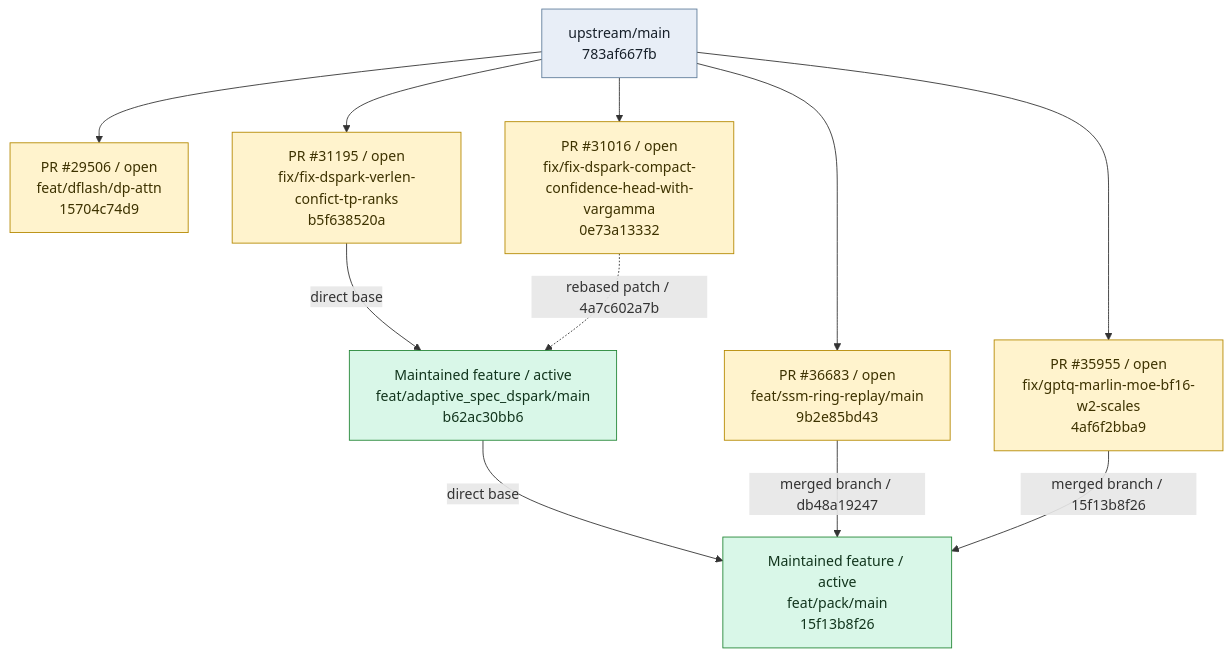
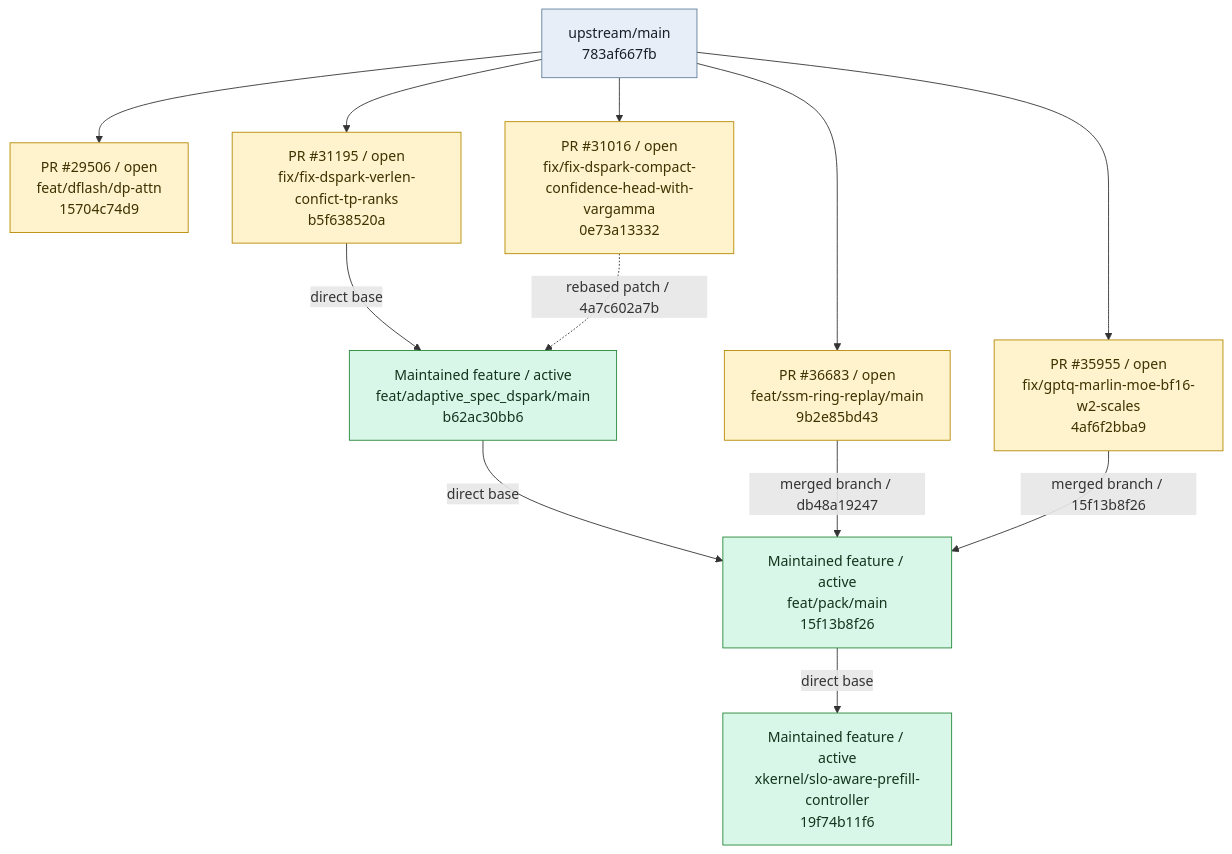
One commit to EanWang211123/sglang changed the first of 4 diagrams in BRANCH_GRAPH.md. Above: the diagram before and after it, drawn with Mermaid. The commit also changed other lines of this file and 3 other files, not shown here.

Commit message:
meta: register xkernel SLO-aware prefill branch

````diff
--- a/BRANCH_GRAPH.md
+++ b/BRANCH_GRAPH.md
@@ -11,34 +11,37 @@
 ```mermaid
 flowchart TD
     base_upstream_main["upstream/main<br/>783af667fb"]
     branch_dflash_dp_attn["PR #29506 / open<br/>feat/dflash/dp-attn<br/>15704c74d9"]
     base_upstream_main --> branch_dflash_dp_attn
     click branch_dflash_dp_attn "https://github.com/sgl-project/sglang/pull/29506"
     branch_dspark_tp_budget_sync["PR #31195 / open<br/>fix/fix-dspark-verlen-confict-tp-ranks<br/>b5f638520a"]
     base_upstream_main --> branch_dspark_tp_budget_sync
     click branch_dspark_tp_budget_sync "https://github.com/sgl-project/sglang/pull/31195"
     branch_dspark_runtime_gamma["PR #31016 / open<br/>fix/fix-dspark-compact-confidence-head-with-vargamma<br/>0e73a13332"]
     base_upstream_main --> branch_dspark_runtime_gamma
     click branch_dspark_runtime_gamma "https://github.com/sgl-project/sglang/pull/31016"
     branch_gptq_marlin_moe_bf16_w2_scales["PR #35955 / open<br/>fix/gptq-marlin-moe-bf16-w2-scales<br/>4af6f2bba9"]
     base_upstream_main --> branch_gptq_marlin_moe_bf16_w2_scales
     click branch_gptq_marlin_moe_bf16_w2_scales "https://github.com/sgl-project/sglang/pull/35955"
     branch_replayssm_dflash_dspark["PR #36683 / open<br/>feat/ssm-ring-replay/main<br/>9b2e85bd43"]
     base_upstream_main --> branch_replayssm_dflash_dspark
     click branch_replayssm_dflash_dspark "https://github.com/sgl-project/sglang/pull/36683"
     branch_dspark_adaptive["Maintained feature / active<br/>feat/adaptive_spec_dspark/main<br/>b62ac30bb6"]
     click branch_dspark_adaptive "https://github.com/EanWang211123/sglang/tree/feat/adaptive_spec_dspark/main"
     branch_adaptive_dspark_replayssm_gptq_marlin_pack["Maintained feature / active<br/>feat/pack/main<br/>15f13b8f26"]
     click branch_adaptive_dspark_replayssm_gptq_marlin_pack "https://github.com/EanWang211123/sglang/tree/feat/pack/main"
+    branch_xkernel_slo_aware_prefill_controller["Maintained feature / active<br/>xkernel/slo-aware-prefill-controller<br/>19f74b11f6"]
+    click branch_xkernel_slo_aware_prefill_controller "https://github.com/EanWang211123/sglang/tree/xkernel/slo-aware-prefill-controller"
     branch_dspark_tp_budget_sync -->|"direct base"| branch_dspark_adaptive
     branch_dspark_runtime_gamma -.->|"rebased patch / 4a7c602a7b"| branch_dspark_adaptive
     branch_dspark_adaptive -->|"direct base"| branch_adaptive_dspark_replayssm_gptq_marlin_pack
     branch_replayssm_dflash_dspark -->|"merged branch / db48a19247"| branch_adaptive_dspark_replayssm_gptq_marlin_pack
     branch_gptq_marlin_moe_bf16_w2_scales -->|"merged branch / 15f13b8f26"| branch_adaptive_dspark_replayssm_gptq_marlin_pack
+    branch_adaptive_dspark_replayssm_gptq_marlin_pack -->|"direct base"| branch_xkernel_slo_aware_prefill_controller
     classDef base fill:#e8eef7,stroke:#607d9b,color:#17202a
     classDef pr fill:#fff3cd,stroke:#b58900,color:#3d3200
     classDef feature fill:#d9f7e8,stroke:#238636,color:#12351d
     class base_upstream_main base
     class branch_dflash_dp_attn,branch_dspark_tp_budget_sync,branch_dspark_runtime_gamma,branch_gptq_marlin_moe_bf16_w2_scales,branch_replayssm_dflash_dspark pr
-    class branch_dspark_adaptive,branch_adaptive_dspark_replayssm_gptq_marlin_pack feature
+    class branch_dspark_adaptive,branch_adaptive_dspark_replayssm_gptq_marlin_pack,branch_xkernel_slo_aware_prefill_controller feature
 ```
````
